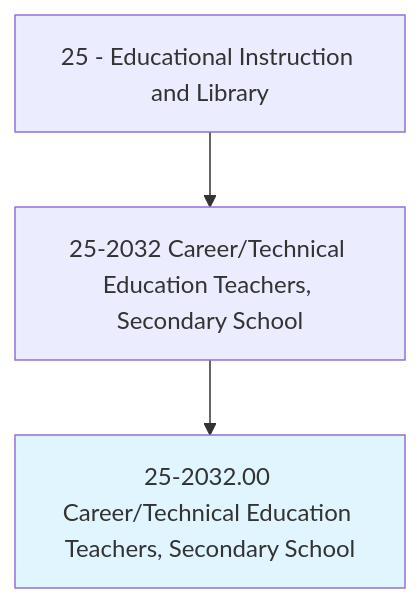
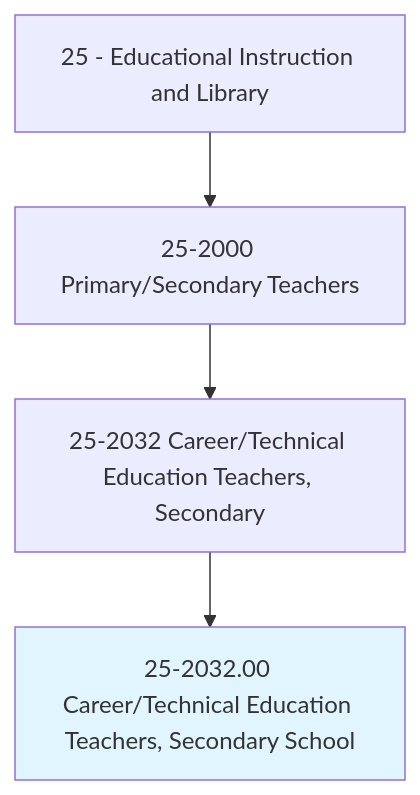
The first of 4 diagrams in occupations/Education/CareerTechnicalEducationTeachersSecondarySchool.mdx (kziemski/business.org.ai), drawn with Mermaid before and after one commit. The commit also changed other lines of this file and 938 other files, not shown here.

````diff
--- a/occupations/Education/CareerTechnicalEducationTeachersSecondarySchool.mdx
+++ b/occupations/Education/CareerTechnicalEducationTeachersSecondarySchool.mdx
@@ -19,6 +23,7 @@
 ```mermaid
 graph TD
-    Cat25["25 - Educational Instruction and Library"] --> Group252032["25-2032 Career/Technical Education Teachers, Secondary School"]
+    Cat25["25 - Educational Instruction and Library"] --> Group252["25-2000 Primary/Secondary Teachers"]
+    Group252 --> Group252032["25-2032 Career/Technical Education Teachers, Secondary"]
     Group252032 --> Current["25-2032.00 Career/Technical Education Teachers, Secondary School"]
     style Current fill:#e1f5fe
 ```
````
